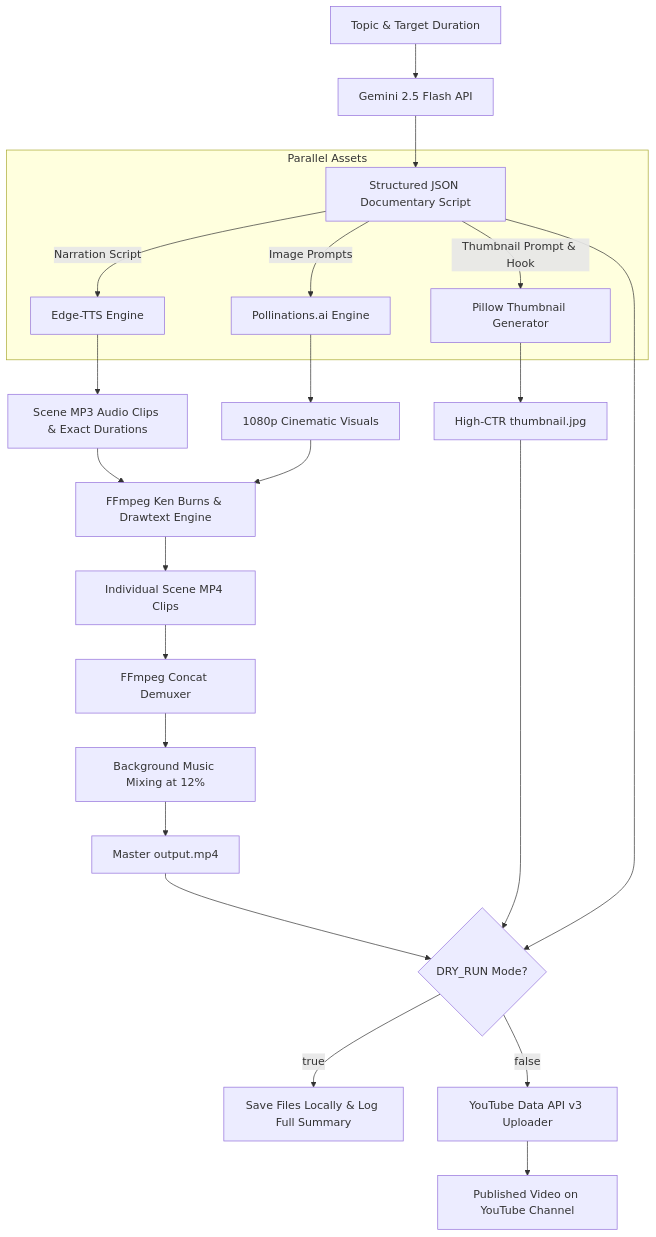
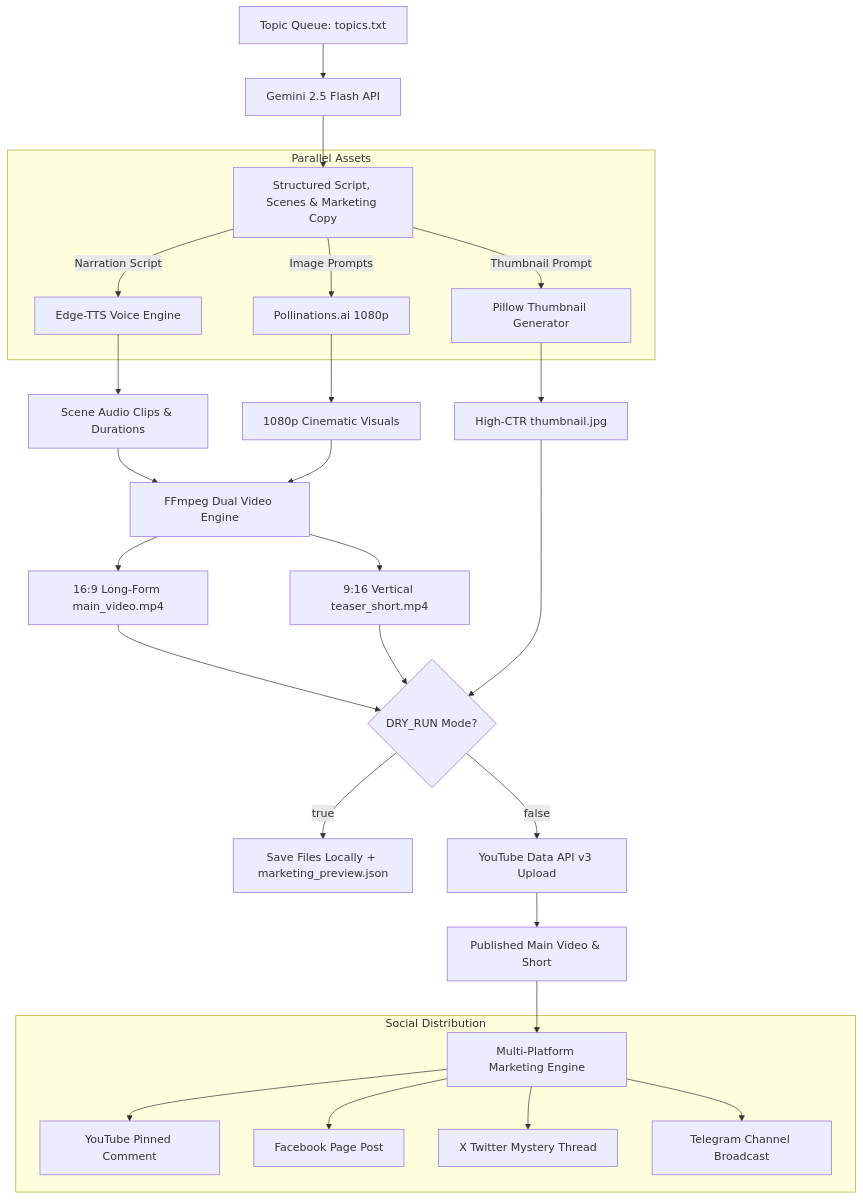
One commit to AhsanAli-Soomro/my-youtube-agent changed the diagram in README.md. Above: the diagram before and after it, drawn with Mermaid. The commit also changed other lines of this file and 13 other files, not shown here.

Commit message:
feat: complete automated documentary YouTube creator, uploader & multi-platform marketing agent

````diff
--- a/README.md
+++ b/README.md
@@ -30,26 +35,33 @@
 ```mermaid
 flowchart TD
-    A[Topic & Target Duration] --> B[Gemini 2.5 Flash API]
-    B --> C[Structured JSON Documentary Script]
+    A[Topic Queue: topics.txt] --> B[Gemini 2.5 Flash API]
+    B --> C[Structured Script, Scenes & Marketing Copy]
     
     subgraph Parallel Assets
-        C -->|Narration Script| D[Edge-TTS Engine]
-        C -->|Image Prompts| E[Pollinations.ai Engine]
-        C -->|Thumbnail Prompt & Hook| F[Pillow Thumbnail Generator]
+        C -->|Narration Script| D[Edge-TTS Voice Engine]
+        C -->|Image Prompts| E[Pollinations.ai 1080p]
+        C -->|Thumbnail Prompt| F[Pillow Thumbnail Generator]
     end
     
-    D --> G[Scene MP3 Audio Clips & Exact Durations]
+    D --> G[Scene Audio Clips & Durations]
     E --> H[1080p Cinematic Visuals]
     F --> I[High-CTR thumbnail.jpg]
     
-    G & H --> J[FFmpeg Ken Burns & Drawtext Engine]
-    J --> K[Individual Scene MP4 Clips]
-    K --> L[FFmpeg Concat Demuxer]
-    L --> M[Background Music Mixing at 12%]
-    M --> N[Master output.mp4]
+    G & H --> J[FFmpeg Dual Video Engine]
+    J --> K[16:9 Long-Form main_video.mp4]
+    J --> L[9:16 Vertical teaser_short.mp4]
     
-    N & I & C --> O{DRY_RUN Mode?}
-    O -->|true| P[Save Files Locally & Log Full Summary]
-    O -->|false| Q[YouTube Data API v3 Uploader]
-    Q --> R[Published Video on YouTube Channel]
+    K & L & I --> M{DRY_RUN Mode?}
+    M -->|true| N[Save Files Locally + marketing_preview.json]
+    M -->|false| O[YouTube Data API v3 Upload]
+    
+    O --> P[Published Main Video & Short]
+    P --> Q[Multi-Platform Marketing Engine]
+    
+    subgraph Social Distribution
+        Q --> R[YouTube Pinned Comment]
+        Q --> S[Facebook Page Post]
+        Q --> T[X Twitter Mystery Thread]
+        Q --> U[Telegram Channel Broadcast]
+    end
 ```
````
